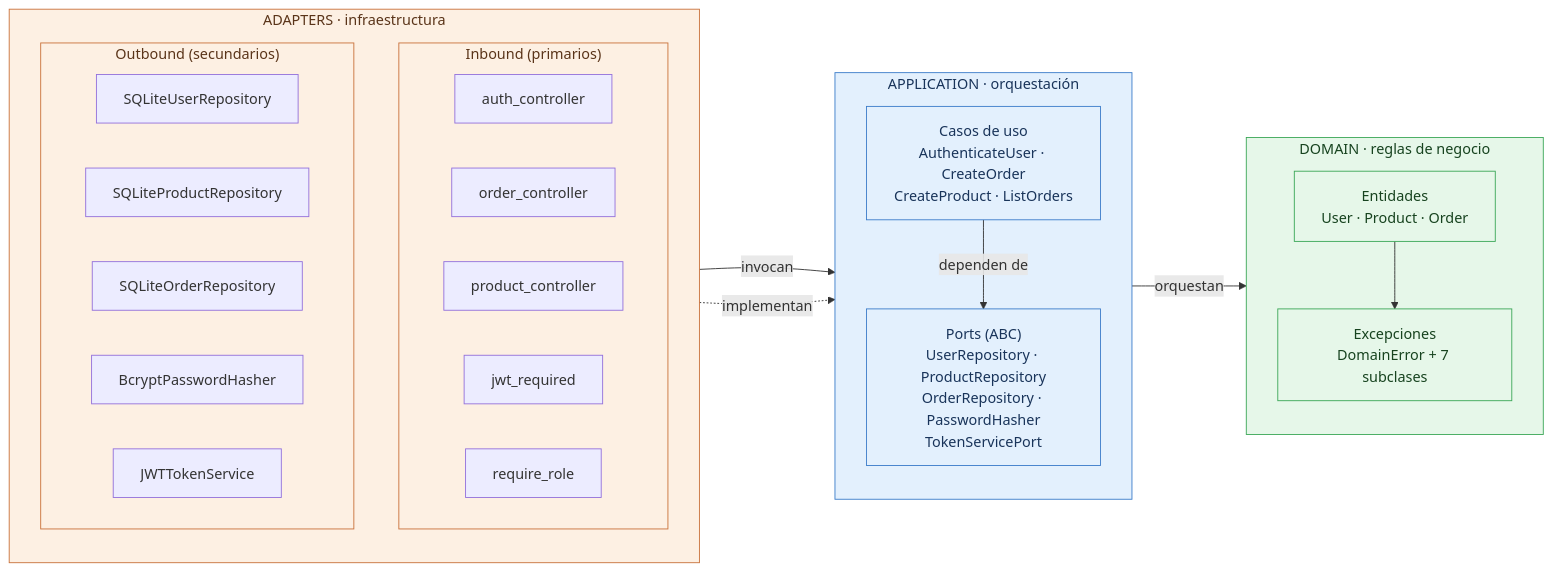
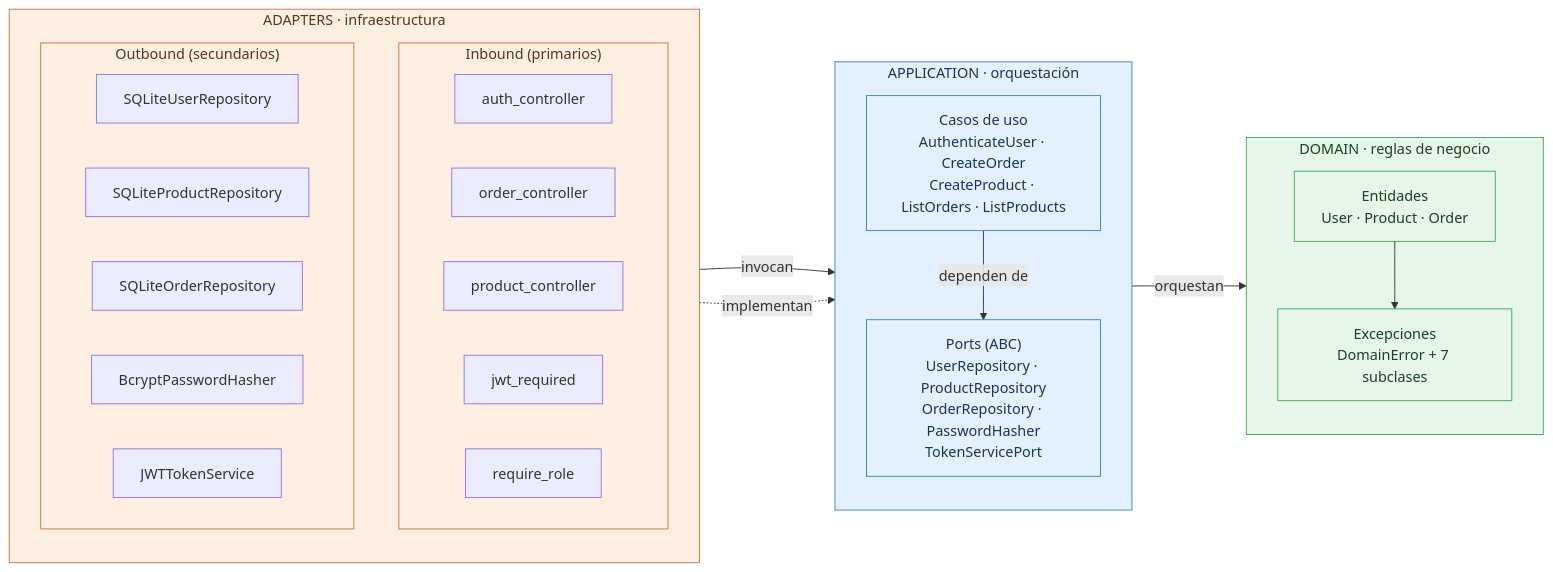
The third of 6 diagrams in docs/ARCHITECTURE.md (juancardonaie/legacy-order-hub), drawn with Mermaid before and after one commit. The commit also changed other lines of this file and 28 other files, not shown here.

````diff
--- a/docs/ARCHITECTURE.md
+++ b/docs/ARCHITECTURE.md
@@ -263,46 +280,46 @@
 ```mermaid
 flowchart LR
     subgraph adapters ["ADAPTERS · infraestructura"]
         direction TB
         subgraph inbound ["Inbound (primarios)"]
             ac["auth_controller"]
             oc["order_controller"]
             pc["product_controller"]
             jr["jwt_required"]
             rr["require_role"]
         end
         subgraph outbound ["Outbound (secundarios)"]
             sur["SQLiteUserRepository"]
             spr["SQLiteProductRepository"]
             sor["SQLiteOrderRepository"]
             bph["BcryptPasswordHasher"]
             jts["JWTTokenService"]
         end
     end
 
     subgraph application ["APPLICATION · orquestación"]
         direction TB
-        uc["Casos de uso<br/>AuthenticateUser · CreateOrder<br/>CreateProduct · ListOrders"]
+        uc["Casos de uso<br/>AuthenticateUser · CreateOrder<br/>CreateProduct · ListOrders · ListProducts"]
         ports["Ports (ABC)<br/>UserRepository · ProductRepository<br/>OrderRepository · PasswordHasher<br/>TokenServicePort"]
     end
 
     subgraph domain ["DOMAIN · reglas de negocio"]
         direction TB
         ent["Entidades<br/>User · Product · Order"]
         exc["Excepciones<br/>DomainError + 7 subclases"]
     end
 
     inbound -->|"invocan"| uc
     uc -->|"dependen de"| ports
     uc -->|"orquestan"| ent
     outbound -.->|"implementan"| ports
     ent --> exc
 
     classDef capaAdapters fill:#fdf0e3,stroke:#c9723b,color:#5a3419
     classDef capaApp fill:#e3f0fd,stroke:#3b7cc9,color:#19345a
     classDef capaDom fill:#e6f7e9,stroke:#3ba757,color:#17431f
 
     class adapters,inbound,outbound capaAdapters
     class application,uc,ports capaApp
     class domain,ent,exc capaDom
 ```
````
